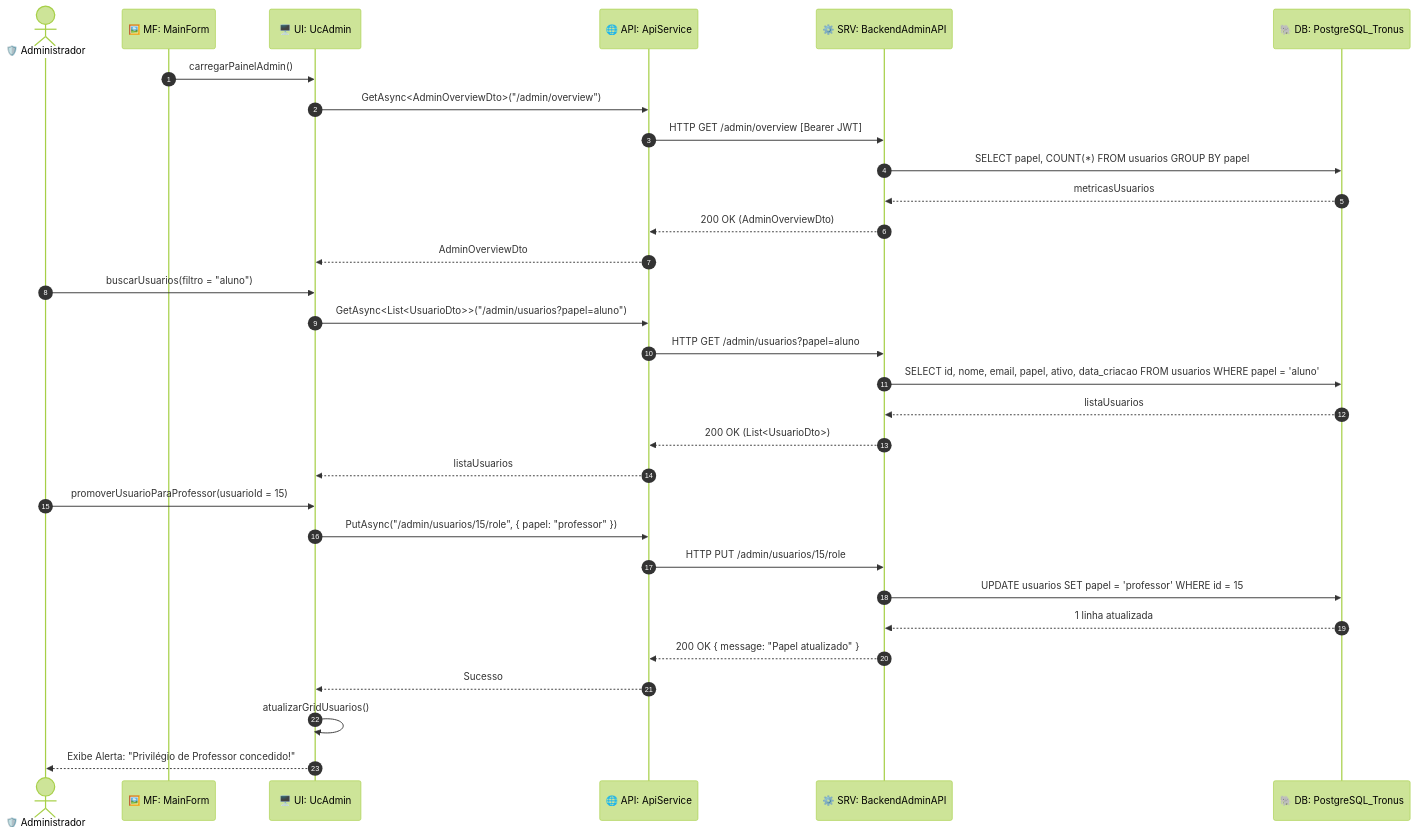
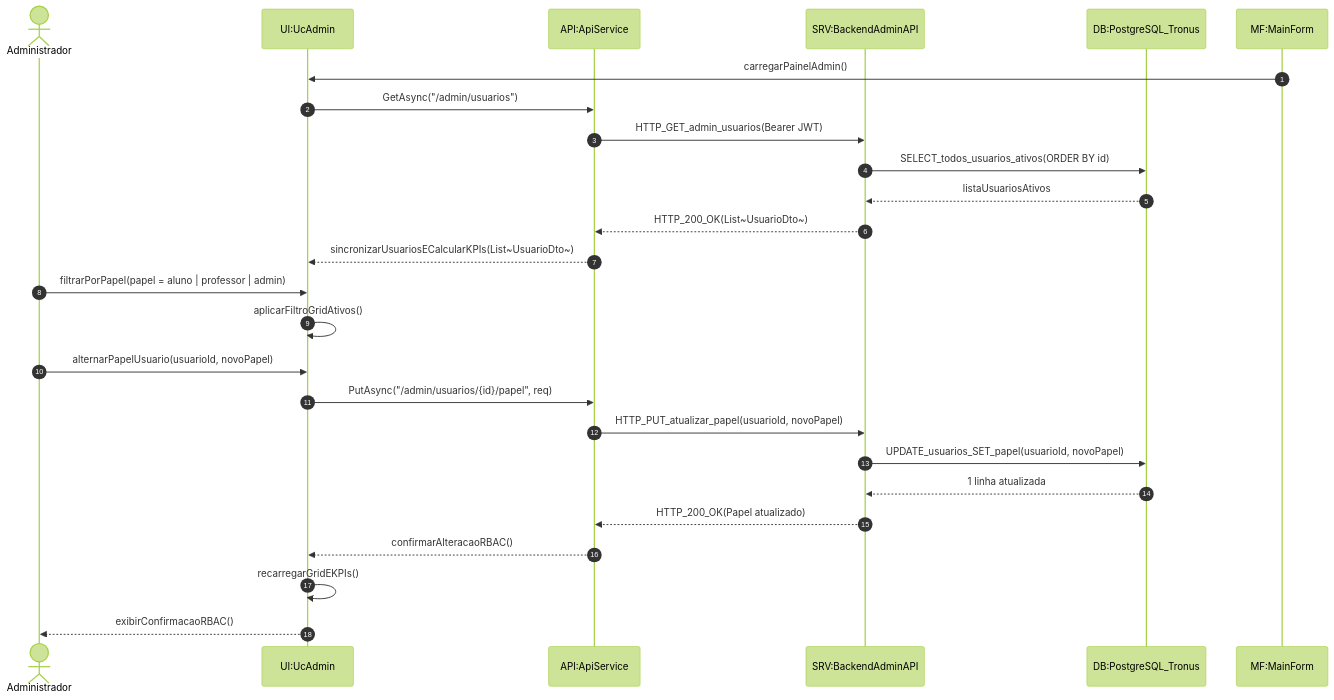
Diagram 12 of 12 in DiagramaDeSequencia.md (Pim-Unip2025/desktop), drawn with Mermaid (forest theme) before and after one commit. The commit also changed other lines of this file and 66 other files, not shown here.

Commit message:
feat(desktop): adiciona Setup/QA Runner com teste de rede, acessibilidade tipografica, listagem completa no Admin e reorganiza diagramas UML (Classes, Atividades e Sequencia)

````diff
--- a/DiagramaDeSequencia.md
+++ b/DiagramaDeSequencia.md
@@ -639,36 +462,29 @@
 ```mermaid
 sequenceDiagram
     autonumber
-    actor Admin as 🛡️ Administrador
-    participant MF as 🖼️ MF: MainForm
-    participant UI as 🖥️ UI: UcAdmin
-    participant API as 🌐 API: ApiService
-    participant SRV as ⚙️ SRV: BackendAdminAPI
-    participant DB as 🐘 DB: PostgreSQL_Tronus
+    actor Admin as Administrador
+    participant UI as UI:UcAdmin
+    participant API as API:ApiService
+    participant SRV as SRV:BackendAdminAPI
+    participant DB as DB:PostgreSQL_Tronus
+    participant MF as MF:MainForm
 
     MF->>UI: carregarPainelAdmin()
-    UI->>API: GetAsync<AdminOverviewDto>("/admin/overview")
-    API->>SRV: HTTP GET /admin/overview [Bearer JWT]
-    SRV->>DB: SELECT papel, COUNT(*) FROM usuarios GROUP BY papel
-    DB-->>SRV: metricasUsuarios
-    SRV-->>API: 200 OK (AdminOverviewDto)
-    API-->>UI: AdminOverviewDto
-    
-    Admin->>UI: buscarUsuarios(filtro = "aluno")
-    UI->>API: GetAsync<List<UsuarioDto>>("/admin/usuarios?papel=aluno")
-    API->>SRV: HTTP GET /admin/usuarios?papel=aluno
-    SRV->>DB: SELECT id, nome, email, papel, ativo, data_criacao FROM usuarios WHERE papel = 'aluno'
-    DB-->>SRV: listaUsuarios
-    SRV-->>API: 200 OK (List<UsuarioDto>)
-    API-->>UI: listaUsuarios
-    
-    Admin->>UI: promoverUsuarioParaProfessor(usuarioId = 15)
-    UI->>API: PutAsync("/admin/usuarios/15/role", { papel: "professor" })
-    API->>SRV: HTTP PUT /admin/usuarios/15/role
-    SRV->>DB: UPDATE usuarios SET papel = 'professor' WHERE id = 15
+    UI->>API: GetAsync("/admin/usuarios")
+    API->>SRV: HTTP_GET_admin_usuarios(Bearer JWT)
+    SRV->>DB: SELECT_todos_usuarios_ativos(ORDER BY id)
+    DB-->>SRV: listaUsuariosAtivos
+    SRV-->>API: HTTP_200_OK(List~UsuarioDto~)
+    API-->>UI: sincronizarUsuariosECalcularKPIs(List~UsuarioDto~)
+    Admin->>UI: filtrarPorPapel(papel = aluno | professor | admin)
+    UI->>UI: aplicarFiltroGridAtivos()
+    Admin->>UI: alternarPapelUsuario(usuarioId, novoPapel)
+    UI->>API: PutAsync("/admin/usuarios/{id}/papel", req)
+    API->>SRV: HTTP_PUT_atualizar_papel(usuarioId, novoPapel)
+    SRV->>DB: UPDATE_usuarios_SET_papel(usuarioId, novoPapel)
     DB-->>SRV: 1 linha atualizada
-    SRV-->>API: 200 OK { message: "Papel atualizado" }
-    API-->>UI: Sucesso
-    UI->>UI: atualizarGridUsuarios()
-    UI-->>Admin: Exibe Alerta: "Privilégio de Professor concedido!"
+    SRV-->>API: HTTP_200_OK(Papel atualizado)
+    API-->>UI: confirmarAlteracaoRBAC()
+    UI->>UI: recarregarGridEKPIs()
+    UI-->>Admin: exibirConfirmacaoRBAC()
 ```
````
